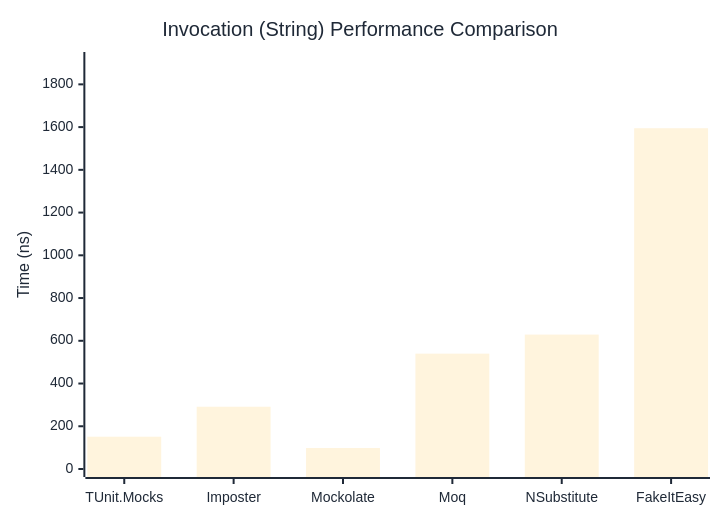
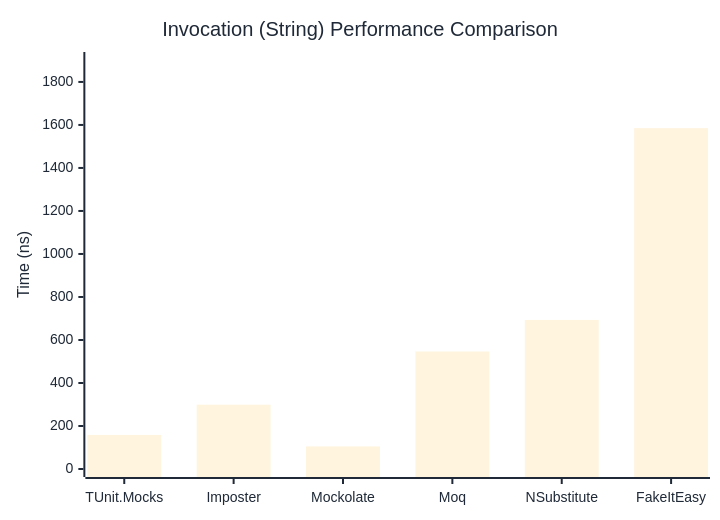
The second of 3 diagrams in docs/docs/benchmarks/mocks/Invocation.md (thomhurst/TUnit), drawn with Mermaid before and after one commit. The commit also changed other lines of this file and 14 other files, not shown here.

````diff
--- a/docs/docs/benchmarks/mocks/Invocation.md
+++ b/docs/docs/benchmarks/mocks/Invocation.md
@@ -69,27 +69,27 @@
 ```mermaid
 %%{init: {
   'theme':'base',
   'themeVariables': {
     'primaryColor': '#2563eb',
     'primaryTextColor': '#1f2937',
     'primaryBorderColor': '#1e40af',
     'lineColor': '#6b7280',
     'secondaryColor': '#7c3aed',
     'tertiaryColor': '#dc2626',
     'background': '#ffffff',
     'pie1': '#2563eb',
     'pie2': '#7c3aed',
     'pie3': '#dc2626',
     'pie4': '#f59e0b',
     'pie5': '#10b981',
     'pie6': '#06b6d4',
     'pie7': '#ec4899',
     'pie8': '#6366f1'
   }
 }}%%
 xychart-beta
   title "Invocation (String) Performance Comparison"
   x-axis ["TUnit.Mocks", "Imposter", "Mockolate", "Moq", "NSubstitute", "FakeItEasy"]
-  y-axis "Time (ns)" 0 --> 1914
-  bar [151.12, 291.35, 98.2, 539.78, 629.05, 1594.7]
+  y-axis "Time (ns)" 0 --> 1902
+  bar [158.3, 298.9, 104.9, 546.4, 693.2, 1585]
 ```
````
